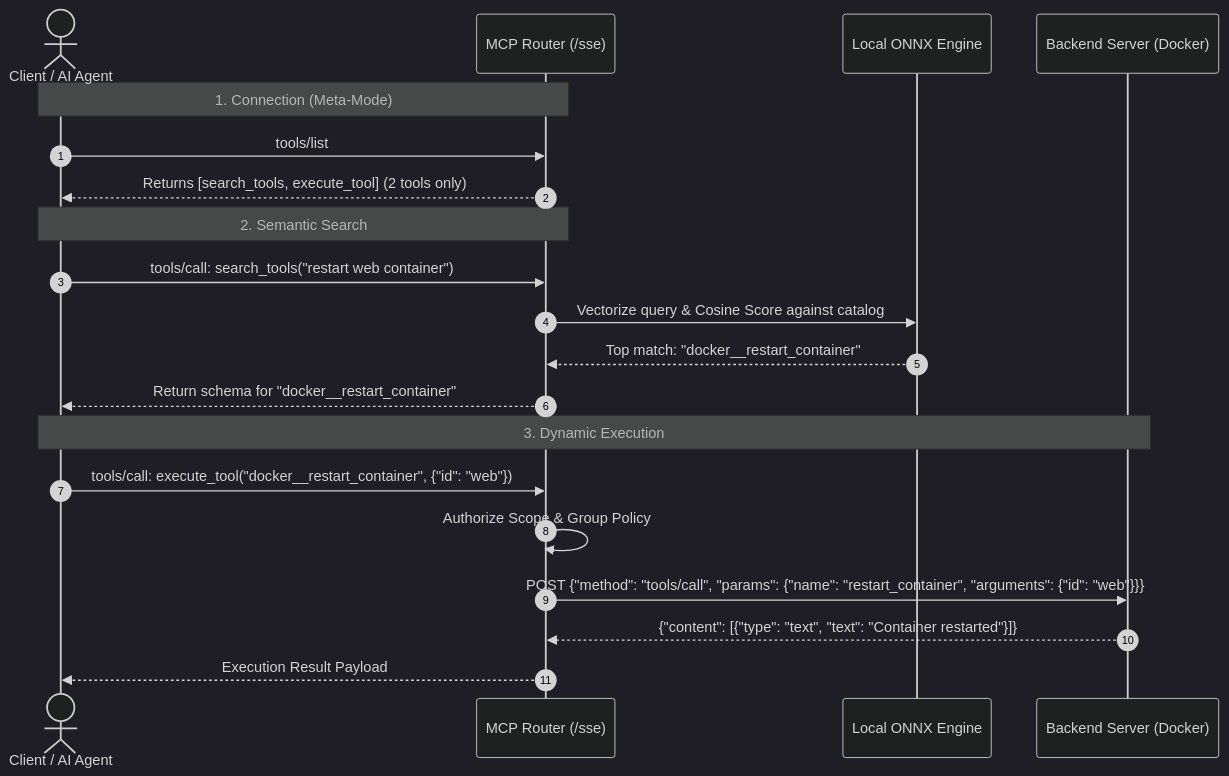
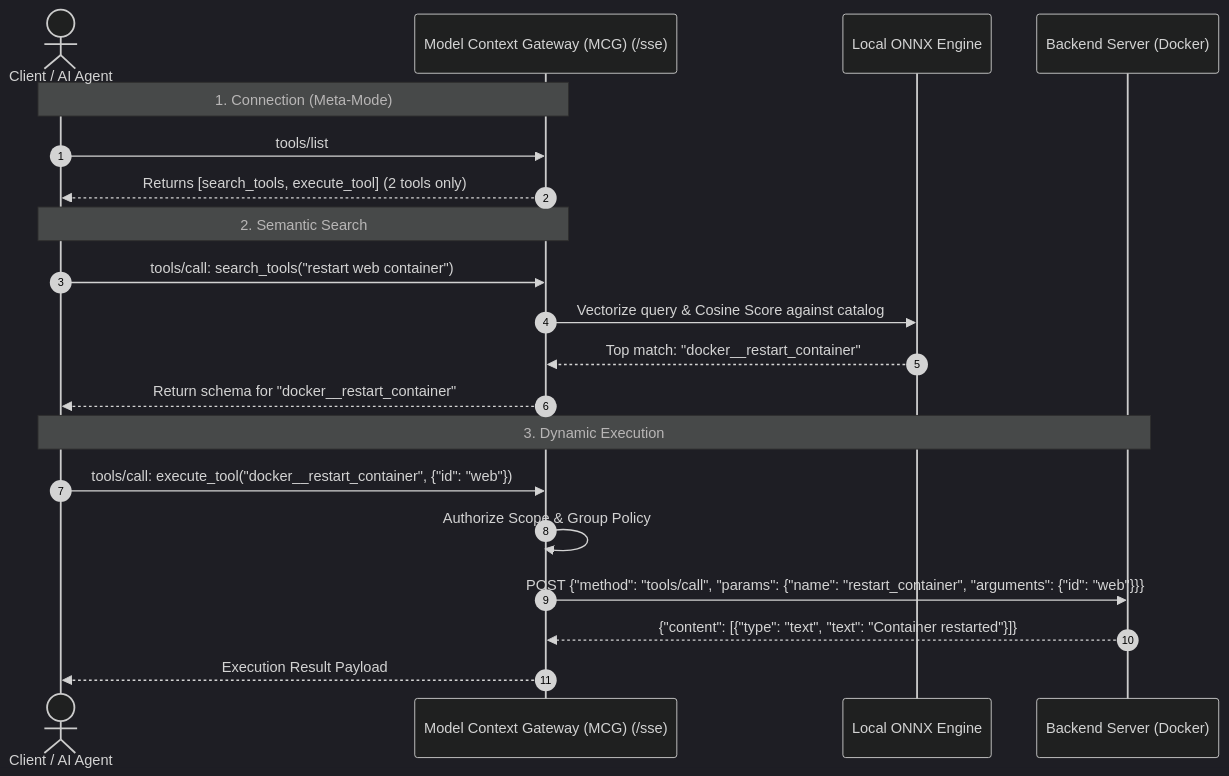
One commit to spelech/CSharp-MCP-Router changed the diagram in docs/evaluation-guide.md. Above: the diagram before and after it, drawn with Mermaid (dark theme). The commit also changed other lines of this file and 25 other files, not shown here.

Commit message:
docs: complete comprehensive branding sweep to Model Context Gateway (MCG)

````diff
--- a/docs/evaluation-guide.md
+++ b/docs/evaluation-guide.md
@@ -115,25 +115,25 @@
 ```mermaid
 sequenceDiagram
     autonumber
     actor LLM as Client / AI Agent
-    participant GW as MCP Router (/sse)
+    participant GW as Model Context Gateway (MCG) (/sse)
     participant VEC as Local ONNX Engine
     participant BE as Backend Server (Docker)
 
     Note over LLM,GW: 1. Connection (Meta-Mode)
     LLM->>GW: tools/list
     GW-->>LLM: Returns [search_tools, execute_tool] (2 tools only)
 
     Note over LLM,GW: 2. Semantic Search
     LLM->>GW: tools/call: search_tools("restart web container")
     GW->>VEC: Vectorize query & Cosine Score against catalog
     VEC-->>GW: Top match: "docker__restart_container"
     GW-->>LLM: Return schema for "docker__restart_container"
 
     Note over LLM,BE: 3. Dynamic Execution
     LLM->>GW: tools/call: execute_tool("docker__restart_container", {"id": "web"})
     GW->>GW: Authorize Scope & Group Policy
     GW->>BE: POST {"method": "tools/call", "params": {"name": "restart_container", "arguments": {"id": "web"}}}
     BE-->>GW: {"content": [{"type": "text", "text": "Container restarted"}]}
     GW-->>LLM: Execution Result Payload
 ```
````
